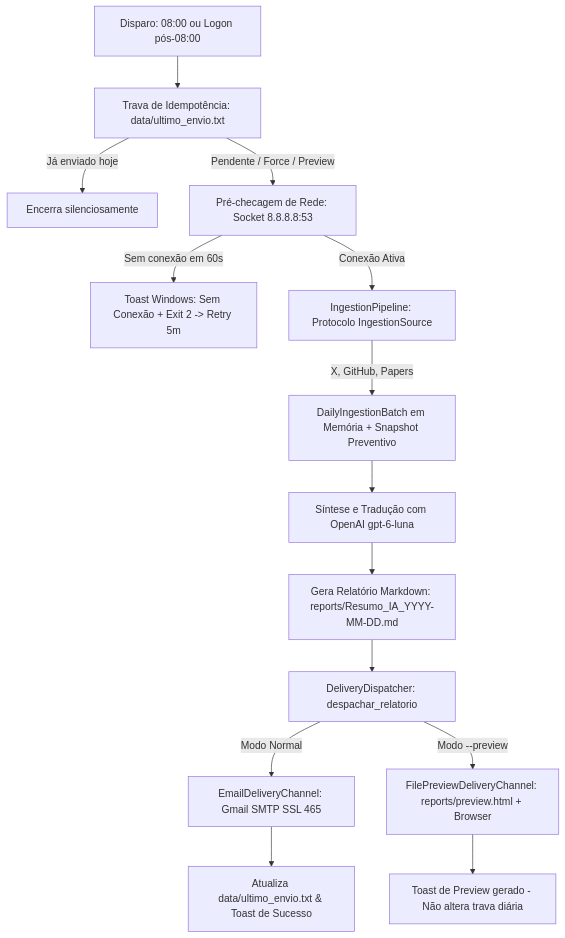
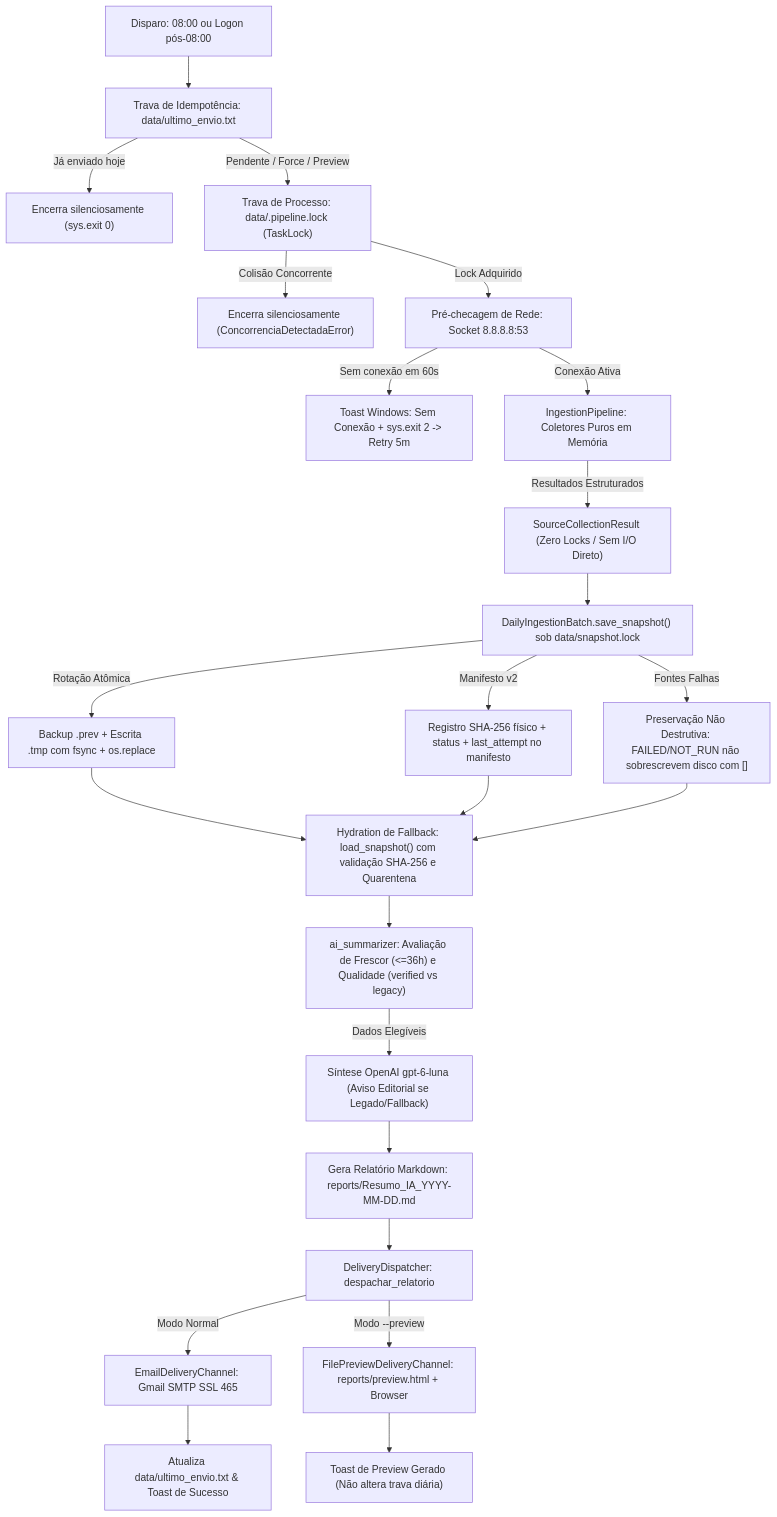
The diagram in docs/ARCHITECTURE.md (Fabrycio13/Relatorios-IA), drawn with Mermaid before and after one commit. The commit also changed other lines of this file and 2 other files, not shown here.

Commit message:
docs: sincroniza glossario, arquitetura e agentes com a spec 0007

````diff
--- a/docs/ARCHITECTURE.md
+++ b/docs/ARCHITECTURE.md
@@ -11,20 +11,32 @@
 ```mermaid
 flowchart TD
-    A[Disparo: 08:00 ou Logon pós-08:00] --> B[Trava de Idempotência: data/ultimo_envio.txt]
-    B -->|Já enviado hoje| C[Encerra silenciosamente]
-    B -->|Pendente / Force / Preview| D[Pré-checagem de Rede: Socket 8.8.8.8:53]
-    
-    D -->|Sem conexão em 60s| E[Toast Windows: Sem Conexão + Exit 2 -> Retry 5m]
-    D -->|Conexão Ativa| F[IngestionPipeline: Protocolo IngestionSource]
-    
-    F -->|X, GitHub, Papers| G[DailyIngestionBatch em Memória + Snapshot Preventivo]
-    G --> H[Síntese e Tradução com OpenAI gpt-6-luna]
-    H --> I[Gera Relatório Markdown: reports/Resumo_IA_YYYY-MM-DD.md]
-    
-    I --> J[DeliveryDispatcher: despachar_relatorio]
-    J -->|Modo Normal| K[EmailDeliveryChannel: Gmail SMTP SSL 465]
-    J -->|Modo --preview| M[FilePreviewDeliveryChannel: reports/preview.html + Browser]
-    
-    K --> L[Atualiza data/ultimo_envio.txt & Toast de Sucesso]
-    M --> N[Toast de Preview gerado - Não altera trava diária]
+    A["Disparo: 08:00 ou Logon pós-08:00"] --> B["Trava de Idempotência: data/ultimo_envio.txt"]
+    B -->|Já enviado hoje| C["Encerra silenciosamente (sys.exit 0)"]
+    B -->|Pendente / Force / Preview| LCK["Trava de Processo: data/.pipeline.lock (TaskLock)"]
+
+    LCK -->|Colisão Concorrente| C2["Encerra silenciosamente (ConcorrenciaDetectadaError)"]
+    LCK -->|Lock Adquirido| D["Pré-checagem de Rede: Socket 8.8.8.8:53"]
+
+    D -->|Sem conexão em 60s| E["Toast Windows: Sem Conexão + sys.exit 2 -> Retry 5m"]
+    D -->|Conexão Ativa| F["IngestionPipeline: Coletores Puros em Memória"]
+
+    F -->|Resultados Estruturados| G["SourceCollectionResult (Zero Locks / Sem I/O Direto)"]
+    G --> H["DailyIngestionBatch.save_snapshot() sob data/snapshot.lock"]
+
+    H -->|Rotação Atômica| H1["Backup .prev + Escrita .tmp com fsync + os.replace"]
+    H -->|Manifesto v2| H2["Registro SHA-256 físico + status + last_attempt no manifesto"]
+    H -->|Fontes Falhas| H3["Preservação Não Destrutiva: FAILED/NOT_RUN não sobrescrevem disco com []"]
+
+    H1 & H2 & H3 --> FB["Hydration de Fallback: load_snapshot() com validação SHA-256 e Quarentena"]
+    FB --> I["ai_summarizer: Avaliação de Frescor (<=36h) e Qualidade (verified vs legacy)"]
+
+    I -->|Dados Elegíveis| J["Síntese OpenAI gpt-6-luna (Aviso Editorial se Legado/Fallback)"]
+    J --> K["Gera Relatório Markdown: reports/Resumo_IA_YYYY-MM-DD.md"]
+
+    K --> M["DeliveryDispatcher: despachar_relatorio"]
+    M -->|Modo Normal| N["EmailDeliveryChannel: Gmail SMTP SSL 465"]
+    M -->|Modo --preview| P["FilePreviewDeliveryChannel: reports/preview.html + Browser"]
+
+    N --> Q["Atualiza data/ultimo_envio.txt & Toast de Sucesso"]
+    P --> R["Toast de Preview Gerado (Não altera trava diária)"]
 ```
````
